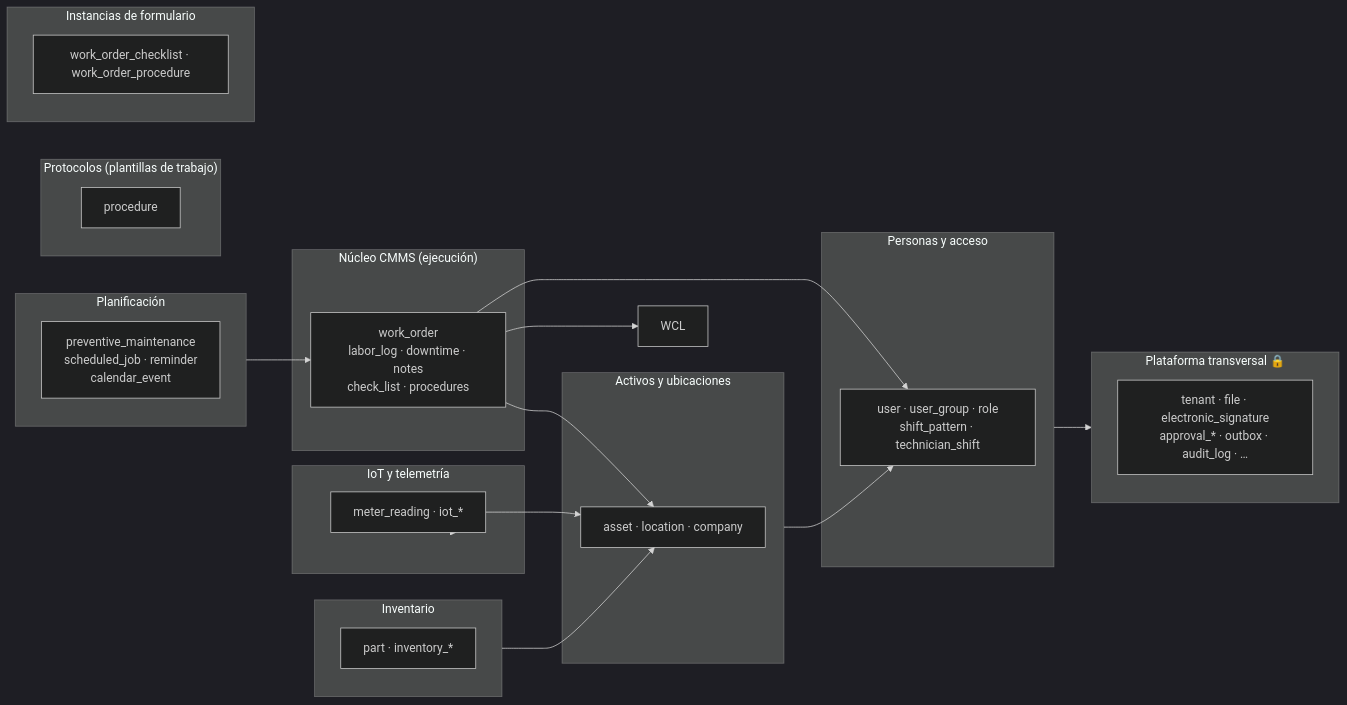
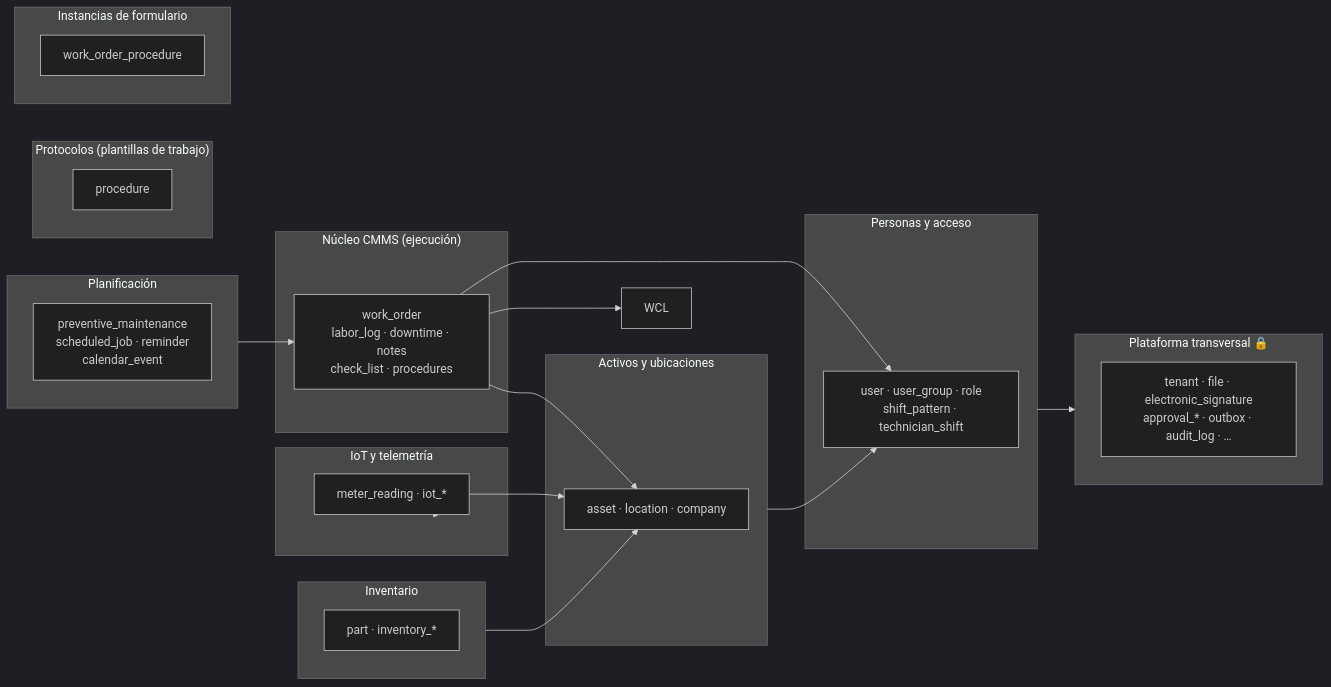
The first of 5 diagrams in docs/reference/diagrama-modelo-datos.md (metritechnology/metri-engine), drawn with Mermaid (dark theme) before and after one commit. The commit also changed other lines of this file and 25 other files, not shown here.

````diff
--- a/docs/reference/diagrama-modelo-datos.md
+++ b/docs/reference/diagrama-modelo-datos.md
@@ -24,40 +24,40 @@
 ```mermaid
 flowchart LR
     subgraph CMMS["Núcleo CMMS (ejecución)"]
         WO["work_order<br/>labor_log · downtime · notes<br/>check_list · procedures"]
     end
     subgraph PLAN["Planificación"]
         PM["preventive_maintenance<br/>scheduled_job · reminder<br/>calendar_event"]
     end
     subgraph PROT["Protocolos (plantillas de trabajo)"]
         TT["procedure"]
     end
     subgraph EXEC["Instancias de formulario"]
-        CL["work_order_checklist · work_order_procedure"]
+        CL["work_order_procedure"]
     end
     subgraph ACT["Activos y ubicaciones"]
         AS["asset · location · company"]
     end
     subgraph INV["Inventario"]
         PART["part · inventory_*"]
     end
     subgraph IOT["IoT y telemetría"]
         METER["meter_reading · iot_*"]
     end
     subgraph PEOPLE["Personas y acceso"]
         U["user · user_group · role<br/>shift_pattern · technician_shift"]
     end
     subgraph PLAT["Plataforma transversal 🔒"]
         PF["tenant · file · electronic_signature<br/>approval_* · outbox · audit_log · …"]
     end
 
     WO --> AS
     WO --> U
     WO --> WCL
     PLAN --> WO
     METER --> AS
     INV --> AS
     IOT --> METER
     ACT --> U
     PEOPLE --> PLAT
 ```
````
